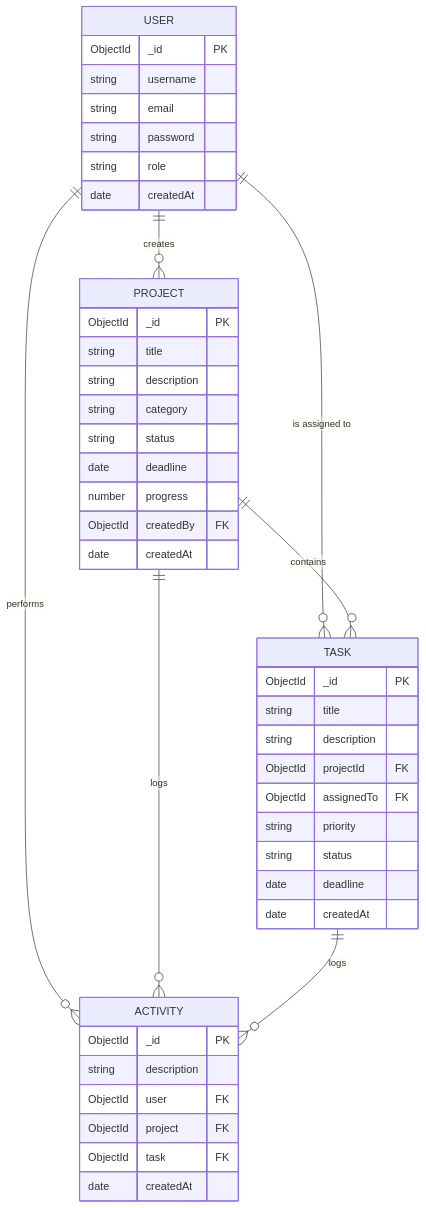
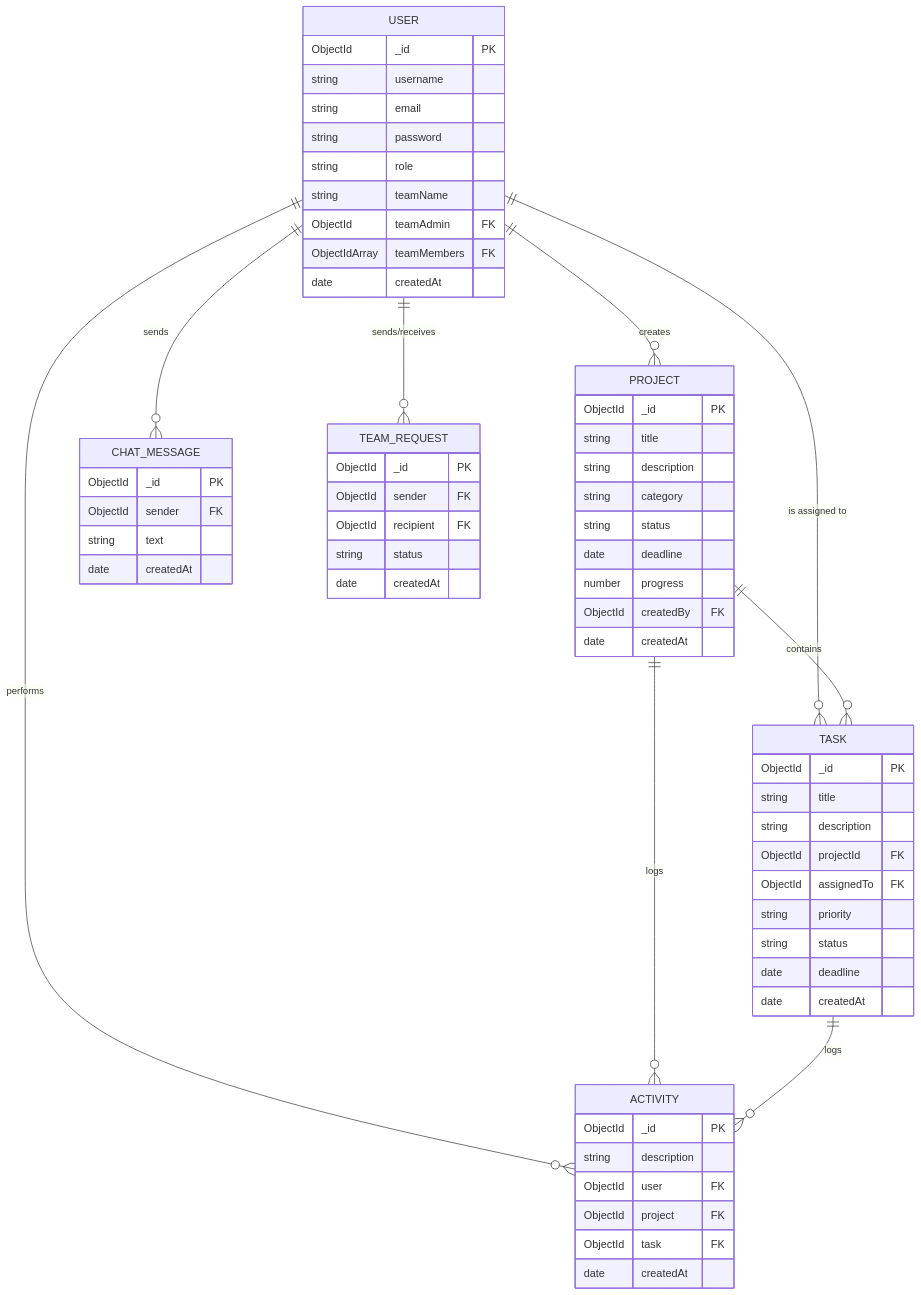
Before and after one commit to karan0dev/Project-Pilot-Project-Management: the second of 4 diagrams in brain.md, drawn with Mermaid. The commit also changed other lines of this file and 1 other file, not shown here.

Commit message:
Update README.md and BRAIN.md documentation with team spaces, real-time chats, popups, and DB persistence info

````diff
--- a/brain.md
+++ b/brain.md
@@ -91,48 +91,66 @@
 ```mermaid
 erDiagram
     USER {
         ObjectId _id PK
         string username
         string email
         string password
         string role
+        string teamName
+        ObjectId teamAdmin FK
+        ObjectIdArray teamMembers FK
         date createdAt
     }
     PROJECT {
         ObjectId _id PK
         string title
         string description
         string category
         string status
         date deadline
         number progress
         ObjectId createdBy FK
         date createdAt
     }
     TASK {
         ObjectId _id PK
         string title
         string description
         ObjectId projectId FK
         ObjectId assignedTo FK
         string priority
         string status
         date deadline
         date createdAt
     }
     ACTIVITY {
         ObjectId _id PK
         string description
         ObjectId user FK
         ObjectId project FK
         ObjectId task FK
         date createdAt
     }
+    CHAT_MESSAGE {
+        ObjectId _id PK
+        ObjectId sender FK
+        string text
+        date createdAt
+    }
+    TEAM_REQUEST {
+        ObjectId _id PK
+        ObjectId sender FK
+        ObjectId recipient FK
+        string status
+        date createdAt
+    }
 
     USER ||--o{ PROJECT : "creates"
     USER ||--o{ TASK : "is assigned to"
     USER ||--o{ ACTIVITY : "performs"
+    USER ||--o{ CHAT_MESSAGE : "sends"
+    USER ||--o{ TEAM_REQUEST : "sends/receives"
     PROJECT ||--o{ TASK : "contains"
     PROJECT ||--o{ ACTIVITY : "logs"
     TASK ||--o{ ACTIVITY : "logs"
 ```
````
